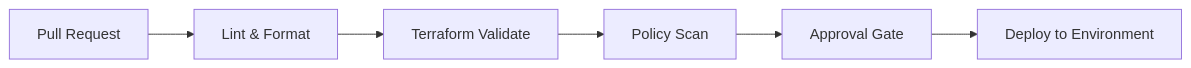
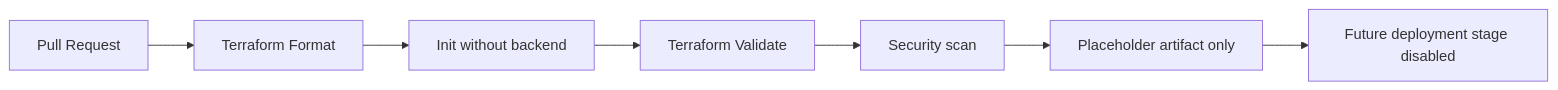
Before and after one commit to pankajdsgithub/azure-devops-infra-pipelines: the diagram in README.md, drawn with Mermaid. The commit also changed other lines of this file and 5 other files, not shown here.

````diff
--- a/README.md
+++ b/README.md
@@ -7,8 +29,9 @@
 ```mermaid
 flowchart LR
-    A[Pull Request] --> B[Lint & Format]
-    B --> C[Terraform Validate]
-    C --> D[Policy Scan]
-    D --> E[Approval Gate]
-    E --> F[Deploy to Environment]
+    A[Pull Request] --> B[Terraform Format]
+    B --> C[Init without backend]
+    C --> D[Terraform Validate]
+    D --> E[Security scan]
+    E --> F[Placeholder artifact only]
+    F --> G[Future deployment stage disabled]
 ```
````
